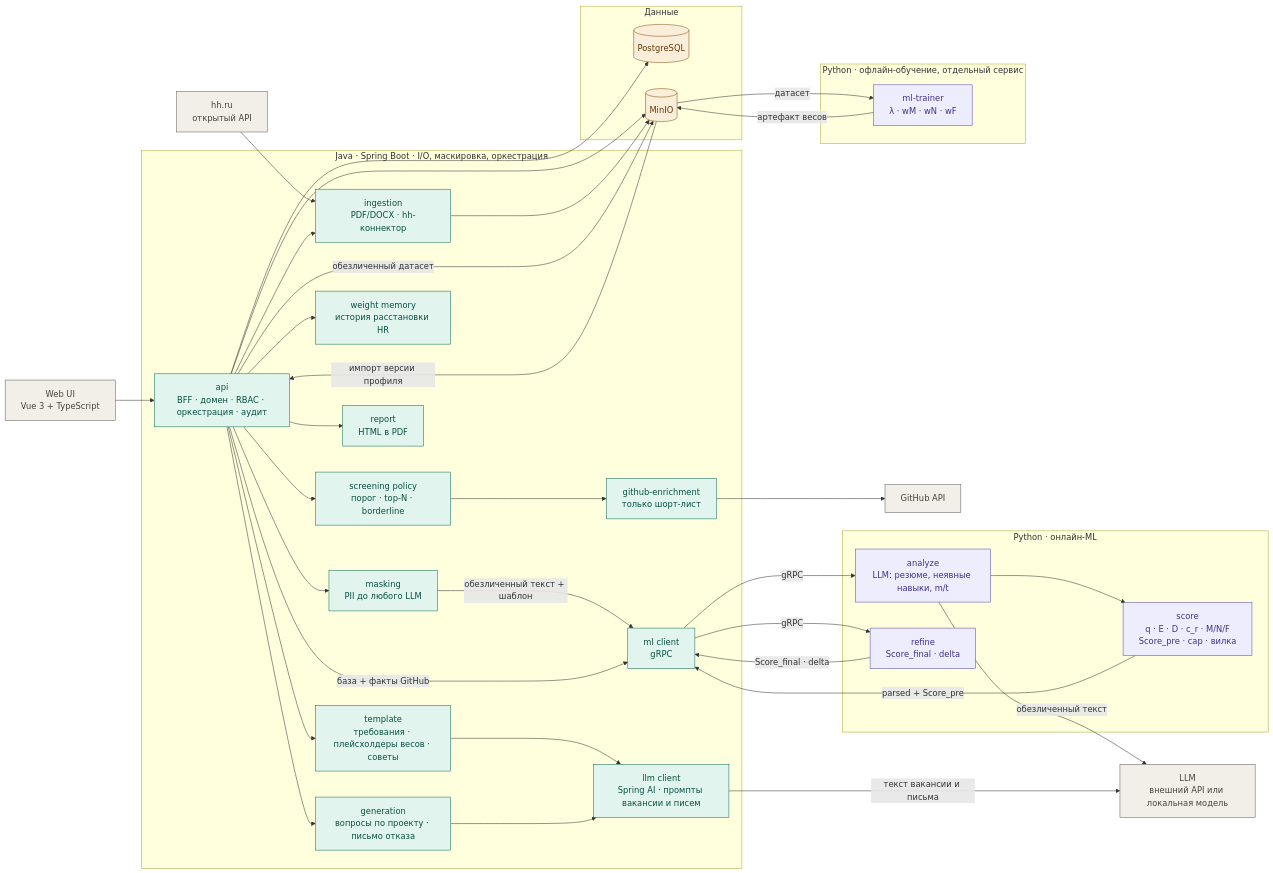
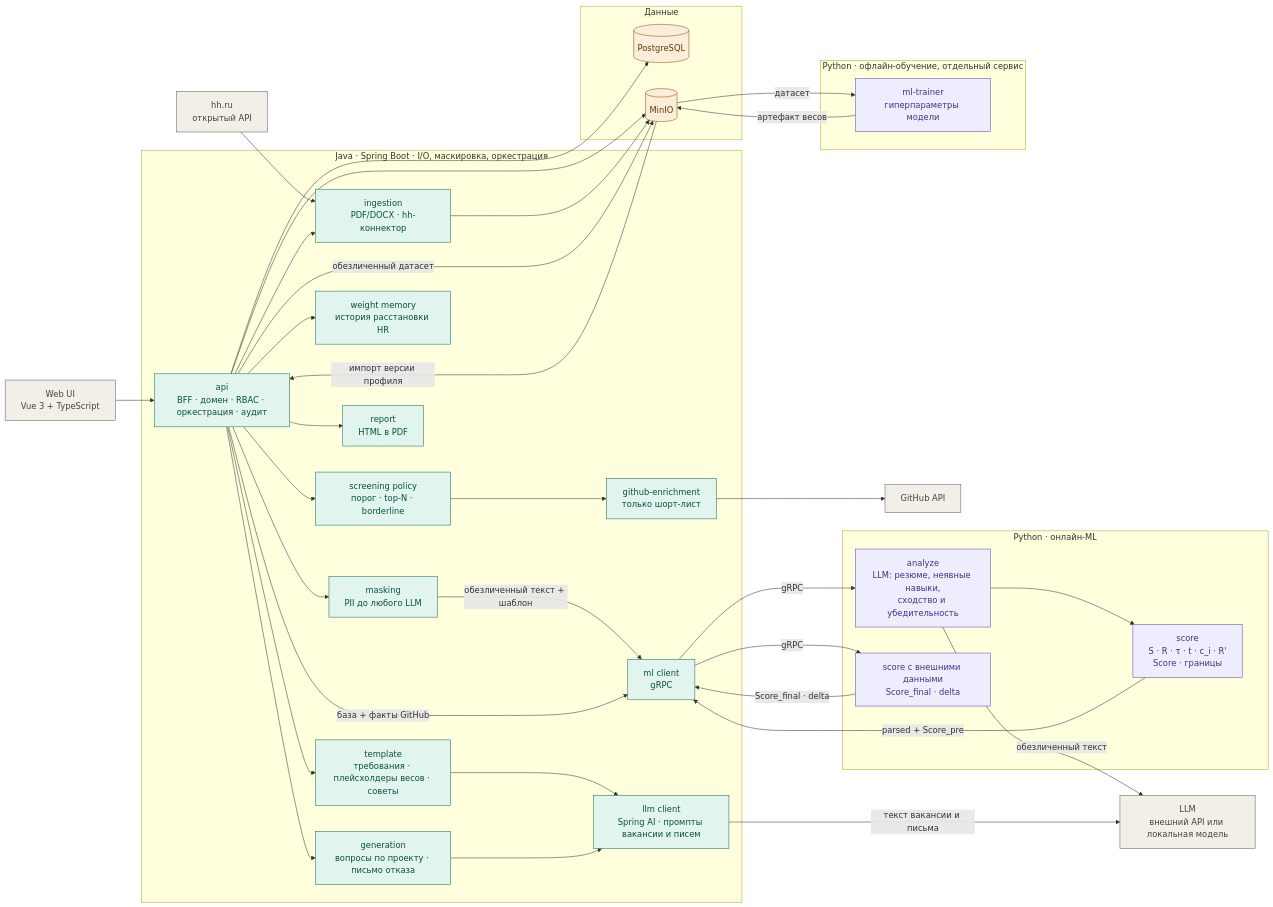
Before and after one commit to MiZentUi/tracing_ats: the second of 7 diagrams in README.md, drawn with Mermaid. The commit also changed other lines of this file and 1 other file, not shown here.

````diff
--- a/README.md
+++ b/README.md
@@ -164,79 +167,79 @@
 ```mermaid
 flowchart LR
     classDef ext fill:#F1EFE8,stroke:#5F5E5A,color:#444441
     classDef java fill:#E1F5EE,stroke:#0F6E56,color:#085041
     classDef py fill:#EEEDFE,stroke:#534AB7,color:#3C3489
     classDef data fill:#FAEEDA,stroke:#854F0B,color:#633806
 
     WEB["Web UI<br/>Vue 3 + TypeScript"]
     HH["hh.ru<br/>открытый API"]
     GH["GitHub API"]
     LLM["LLM<br/>внешний API или локальная модель"]
 
     subgraph JAVA["Java · Spring Boot · I/O, маскировка, оркестрация"]
         API["api<br/>BFF · домен · RBAC · оркестрация · аудит"]
         ING["ingestion<br/>PDF/DOCX · hh-коннектор"]
         MASK["masking<br/>PII до любого LLM"]
         TPL["template<br/>требования · плейсхолдеры весов · советы"]
         LLMC["llm client<br/>Spring AI · промпты вакансии и писем"]
         GEN["generation<br/>вопросы по проекту · письмо отказа"]
         ML["ml client<br/>gRPC"]
         WM["weight memory<br/>история расстановки HR"]
         POL["screening policy<br/>порог · top-N · borderline"]
         GHE["github-enrichment<br/>только шорт-лист"]
         REP["report<br/>HTML в PDF"]
     end
 
     subgraph PY["Python · онлайн-ML"]
-        ANALYZE["analyze<br/>LLM: резюме, неявные навыки, m/t"]
-        SCORE["score<br/>q · E · D · c_r · M/N/F<br/>Score_pre · cap · вилка"]
-        REFINE["refine<br/>Score_final · delta"]
+        ANALYZE["analyze<br/>LLM: резюме, неявные навыки,<br/>сходство и убедительность"]
+        SCORE["score<br/>S · R · τ · t · c_i · R'<br/>Score · границы"]
+        REFINE["score с внешними данными<br/>Score_final · delta"]
     end
 
     subgraph TRAIN["Python · офлайн-обучение, отдельный сервис"]
-        TR["ml-trainer<br/>λ · wM · wN · wF"]
+        TR["ml-trainer<br/>гиперпараметры модели"]
     end
 
     subgraph DATA["Данные"]
         PG[("PostgreSQL")]
         S3[("MinIO")]
     end
 
     WEB --> API
     HH --> ING
     API --> ING
     API --> MASK
     API --> TPL
     API --> GEN
     API --> WM
     API --> POL
     POL --> GHE
     GHE --> GH
     API --> REP
     API --> PG
     API --> S3
     ING --> S3
 
     TPL --> LLMC
     GEN --> LLMC
     LLMC -->|"текст вакансии и письма"| LLM
 
     MASK -->|"обезличенный текст + шаблон"| ML
     API -->|"база + факты GitHub"| ML
     ML -->|"gRPC"| ANALYZE
     ML -->|"gRPC"| REFINE
     ANALYZE -->|"обезличенный текст"| LLM
     ANALYZE --> SCORE
     SCORE -->|"parsed + Score_pre"| ML
     REFINE -->|"Score_final · delta"| ML
 
     API -->|"обезличенный датасет"| S3
     S3 -->|"датасет"| TR
     TR -->|"артефакт весов"| S3
     S3 -->|"импорт версии профиля"| API
 
     class WEB,HH,GH,LLM ext
     class API,ING,MASK,TPL,LLMC,GEN,ML,WM,POL,GHE,REP java
     class ANALYZE,SCORE,REFINE,TR py
     class PG,S3 data
 ```
````
